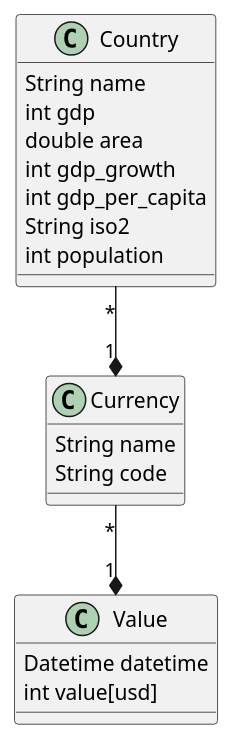
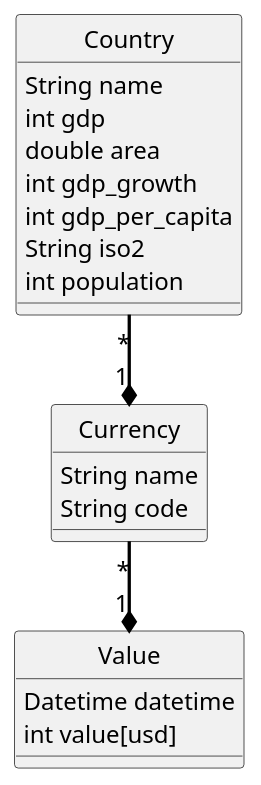
Before and after one commit to TheRealJackiBoi/java-deepdive-final: the diagram in Documentation/DomainModel.puml, drawn with PlantUML.

Commit message:
domain model

```diff
--- a/Documentation/DomainModel.puml
+++ b/Documentation/DomainModel.puml
@@ -1,28 +1,35 @@
 @startuml
+
+skinparam style strictuml
+skinparam DefaultFontName Arial
+skinparam DefaultFontSize 16
+skinparam DefaultFontStyle bold
+skinparam ArrowThickness 2.2
+skinparam ArrowColor #black
 
 Class Country
 {
     String name
     int gdp
     double area
     int gdp_growth
     int gdp_per_capita
     String iso2
     int population
 }
 
 Class Currency
 {
     String name
     String code
 }
 
 Class Value
 {
     Datetime datetime
     int value[usd]
 }
 
 Country "*"--*"1" Currency
 Currency "*"--*"1" Value
 @enduml
```
